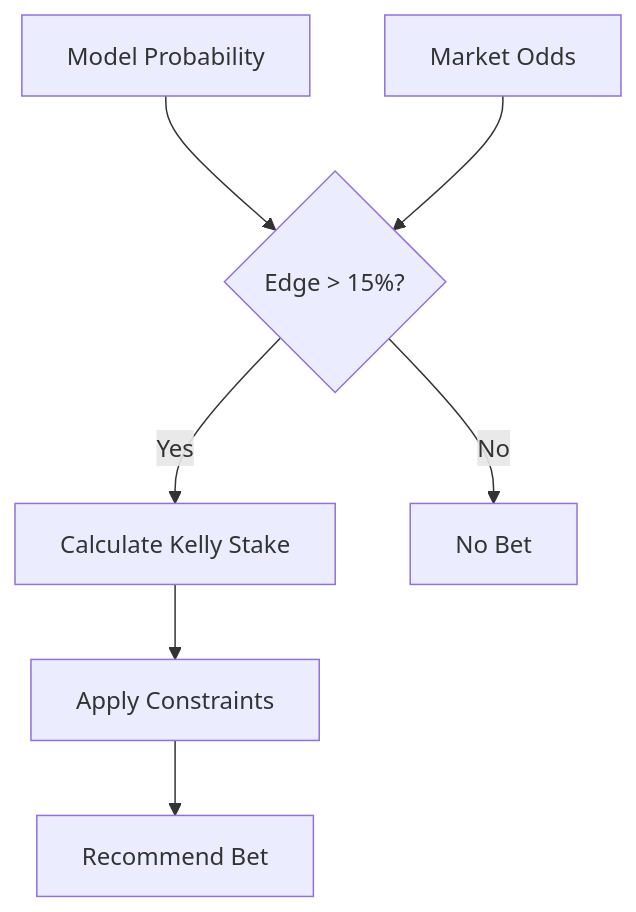
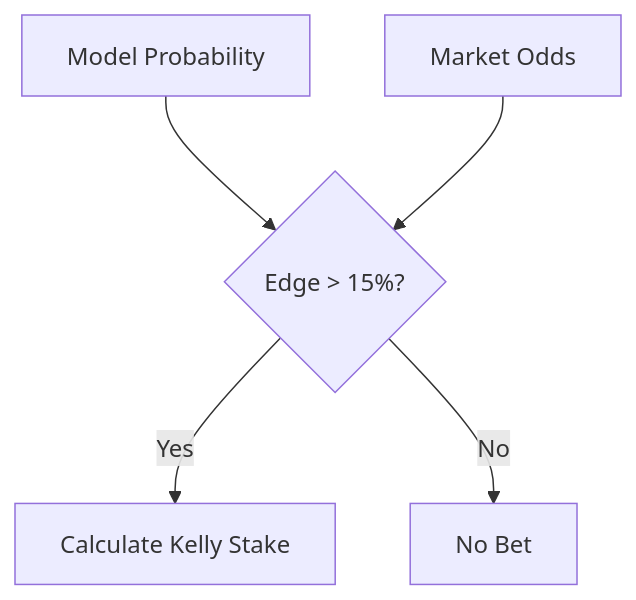
One commit to AnthonyXcode/hourse-racing changed the fourth of 4 diagrams in README.md. Above: the diagram before and after it, drawn with Mermaid. The commit also changed other lines of this file and 4 other files, not shown here.

````diff
--- a/README.md
+++ b/README.md
@@ -209,9 +280,7 @@
 ```mermaid
 flowchart TB
     Model[Model Probability] --> Compare{Edge > 15%?}
     Market[Market Odds] --> Compare
     Compare -->|Yes| Kelly[Calculate Kelly Stake]
     Compare -->|No| Pass[No Bet]
-    Kelly --> Constraints[Apply Constraints]
-    Constraints --> Recommend[Recommend Bet]
 ```
````
